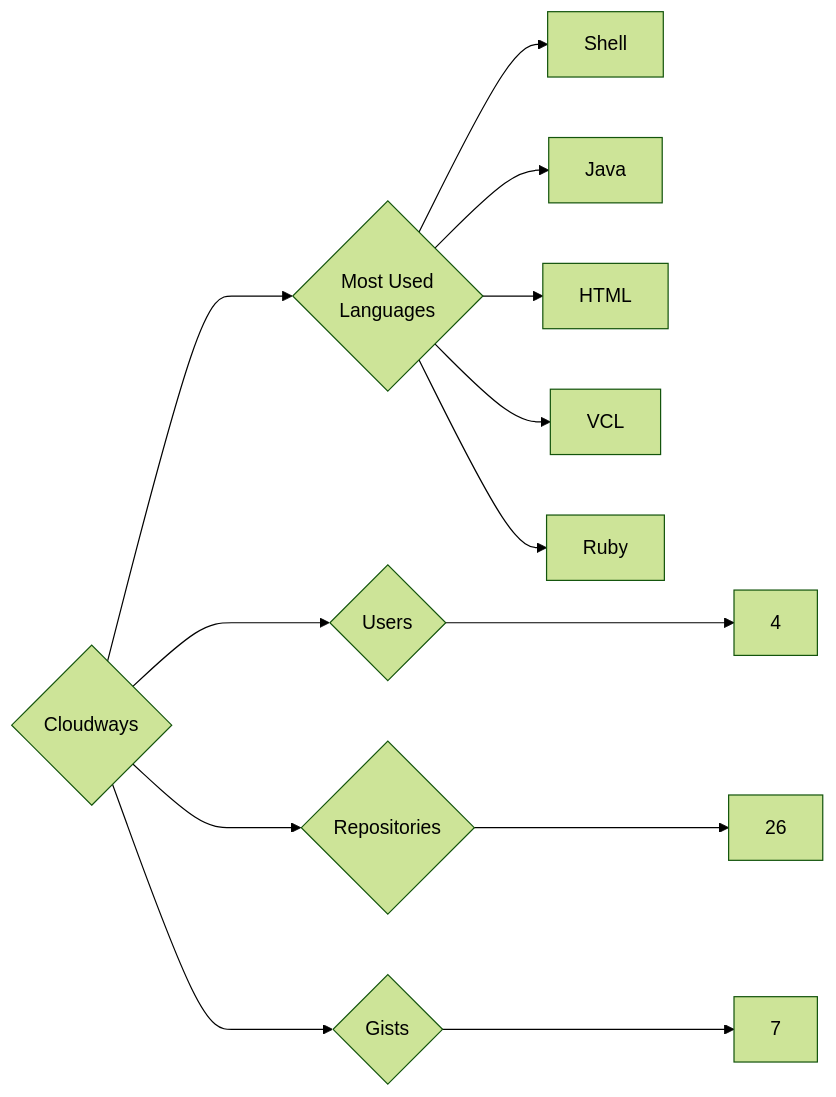
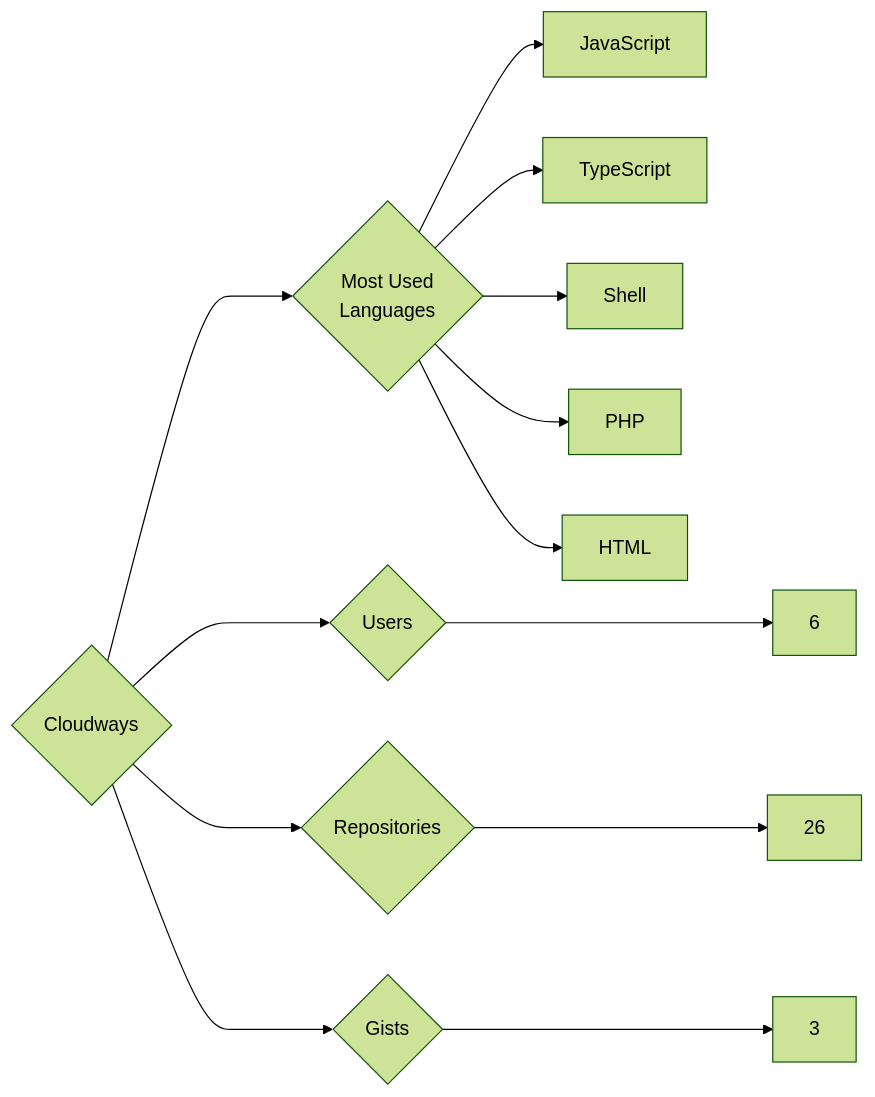
One commit to trickest/insiders changed the diagram in targets/Cloudways/README.md. Above: the diagram before and after it, drawn with Mermaid (forest theme). The commit also changed 894 other files, not shown here.

````diff
--- a/targets/Cloudways/README.md
+++ b/targets/Cloudways/README.md
@@ -3,13 +3,13 @@
 ```mermaid
 graph LR
 COMPANY_NAME{Cloudways}
-COMPANY_NAME ---> U{Users} ---> UN[4]
+COMPANY_NAME ---> U{Users} ---> UN[6]
 COMPANY_NAME ---> R{Repositories} ---> RN[26]
-COMPANY_NAME ---> G{Gists} ---> GN[7]
+COMPANY_NAME ---> G{Gists} ---> GN[3]
 COMPANY_NAME ---> ML{Most Used<br>Languages}
+ML --> JavaScript[JavaScript]
+ML --> TypeScript[TypeScript]
 ML --> Shell[Shell]
-ML --> Java[Java]
+ML --> PHP[PHP]
 ML --> HTML[HTML]
-ML --> VCL[VCL]
-ML --> Ruby[Ruby]
 ```
````
